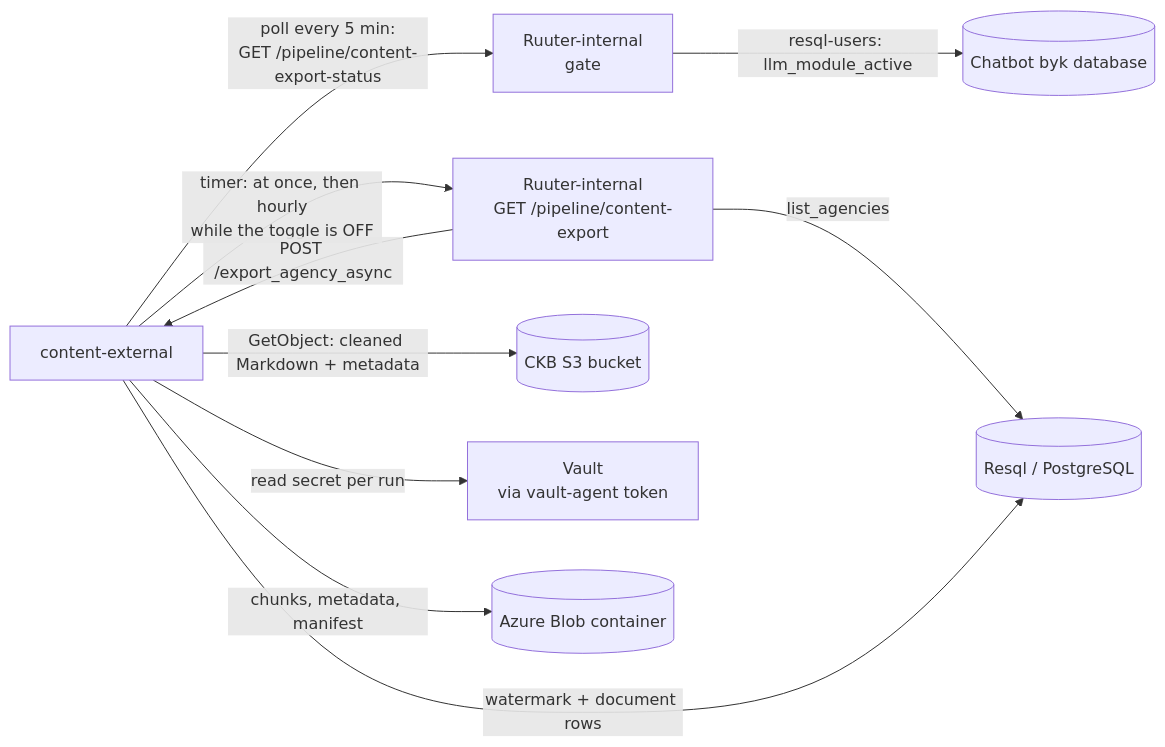
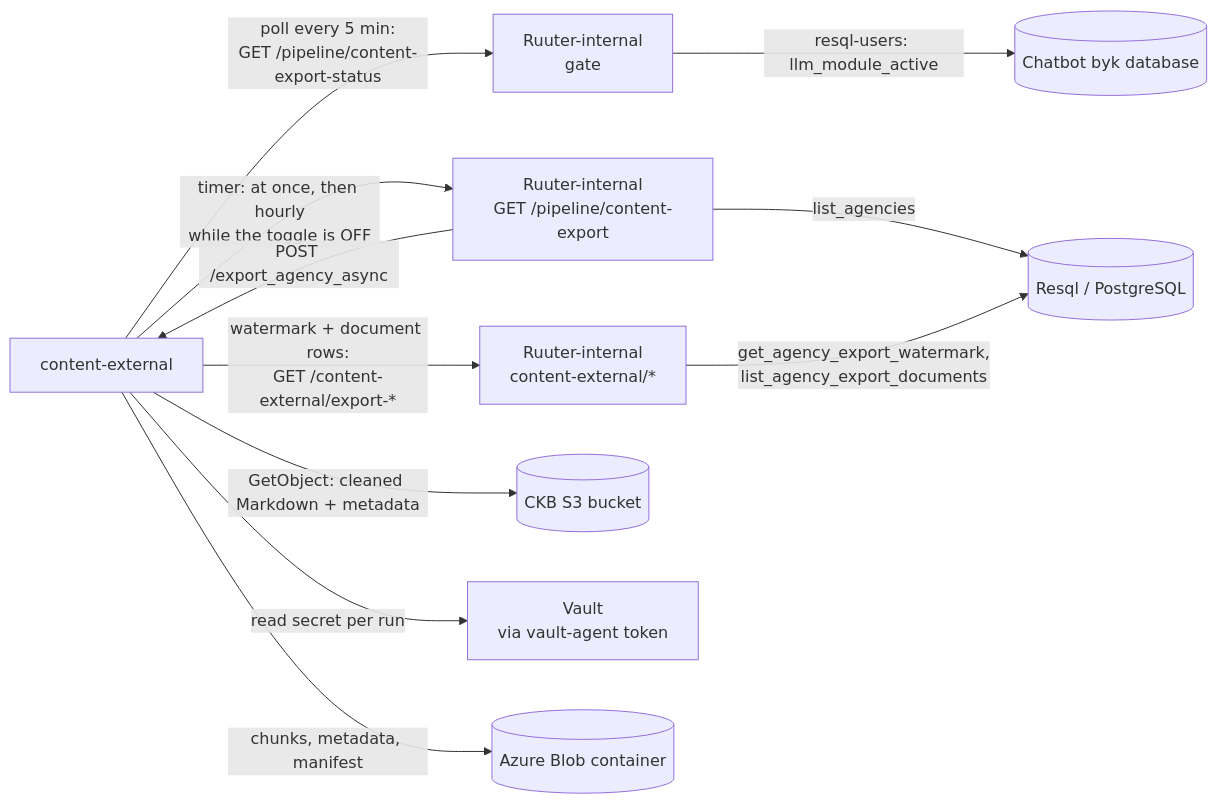
The diagram in content-external/docs/staging-deployment.md (buerokratt/Common-Knowledge), drawn with Mermaid before and after one commit. The commit also changed other lines of this file and 30 other files, not shown here.

````diff
--- a/content-external/docs/staging-deployment.md
+++ b/content-external/docs/staging-deployment.md
@@ -45,12 +45,13 @@
 ```mermaid
 flowchart LR
     CE -->|poll every 5 min:<br/>GET /pipeline/content-export-status| RI2[Ruuter-internal<br/>gate]
     RI2 -->|resql-users: llm_module_active| CB[(Chatbot byk database)]
     CE -->|timer: at once, then hourly<br/>while the toggle is OFF| RI[Ruuter-internal<br/>GET /pipeline/content-export]
     RI -->|list_agencies| RQ[(Resql / PostgreSQL)]
     RI -->|POST /export_agency_async| CE[content-external]
-    CE -->|watermark + document rows| RQ
+    CE -->|watermark + document rows:<br/>GET /content-external/export-*| RI3[Ruuter-internal<br/>content-external/*]
+    RI3 -->|get_agency_export_watermark,<br/>list_agency_export_documents| RQ
     CE -->|GetObject: cleaned Markdown + metadata| S3[(CKB S3 bucket)]
     CE -->|read secret per run| V[Vault<br/>via vault-agent token]
     CE -->|chunks, metadata, manifest| AZ[(Azure Blob container)]
 ```
````
